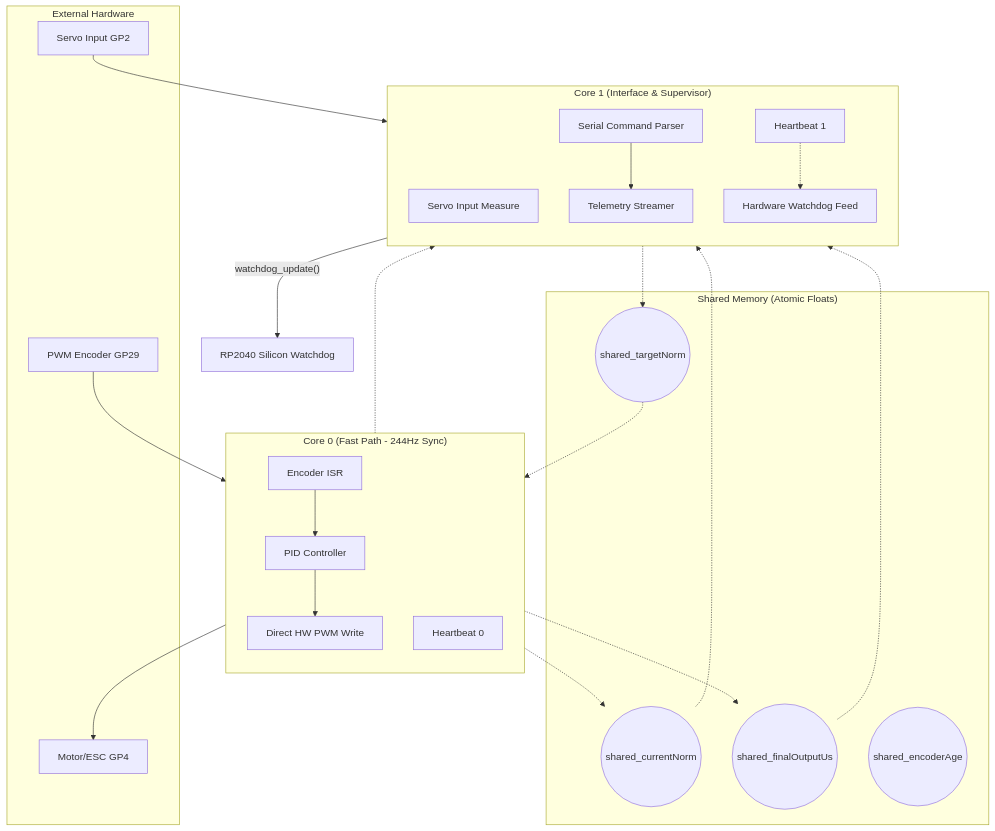
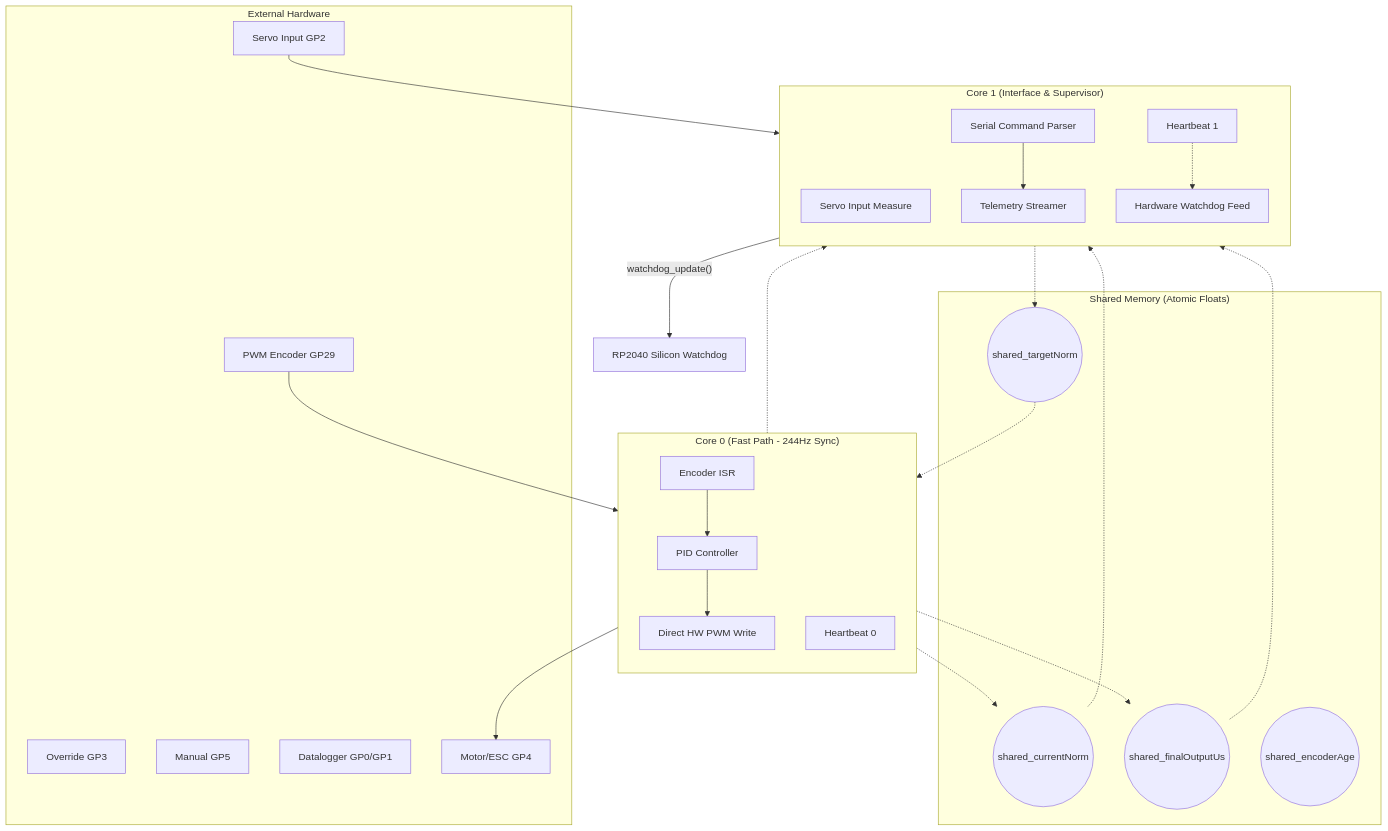
The diagram in ARCH.md (jparkerh/closed-loop-arm), drawn with Mermaid before and after one commit. The commit also changed other lines of this file and 8 other files, not shown here.

First line of the commit message:
Expand hardware support and implement manual override control

````diff
--- a/ARCH.md
+++ b/ARCH.md
@@ -3,51 +3,54 @@
 ```mermaid
 graph TD
     subgraph "External Hardware"
         ENC_HW[PWM Encoder GP29]
         CMD_HW[Servo Input GP2]
+        OVR_HW[Override GP3]
+        MAN_HW[Manual GP5]
+        LOG_HW[Datalogger GP0/GP1]
         MOT_HW[Motor/ESC GP4]
     end
 
     subgraph "Core 0 (Fast Path - 244Hz Sync)"
         direction TB
         E_ISR[Encoder ISR]
         PID[PID Controller]
         ACT[Direct HW PWM Write]
         WD0[Heartbeat 0]
         
         ENC_HW --> E_ISR
         E_ISR --> PID
         PID --> ACT
         ACT --> MOT_HW
     end
 
     subgraph "Shared Memory (Atomic Floats)"
         S_TGT((shared_targetNorm))
         S_CUR((shared_currentNorm))
         S_OUT((shared_finalOutputUs))
         S_AGE((shared_encoderAge))
     end
 
     subgraph "Core 1 (Interface & Supervisor)"
         direction TB
         S_MEAS[Servo Input Measure]
         SER[Serial Command Parser]
         TEL[Telemetry Streamer]
         HWDG[Hardware Watchdog Feed]
         WD1[Heartbeat 1]
         
         CMD_HW --> S_MEAS
         SER --> TEL
     end
 
     %% Data Flow
     S_MEAS -.-> S_TGT
     S_TGT -.-> PID
     E_ISR -.-> S_CUR
     S_CUR -.-> TEL
     ACT -.-> S_OUT
     S_OUT -.-> TEL
     WD0 -.-> HWDG
     WD1 -.-> HWDG
     HWDG -- "watchdog_update()" --> RPI_WDG[RP2040 Silicon Watchdog]
 ```
````
